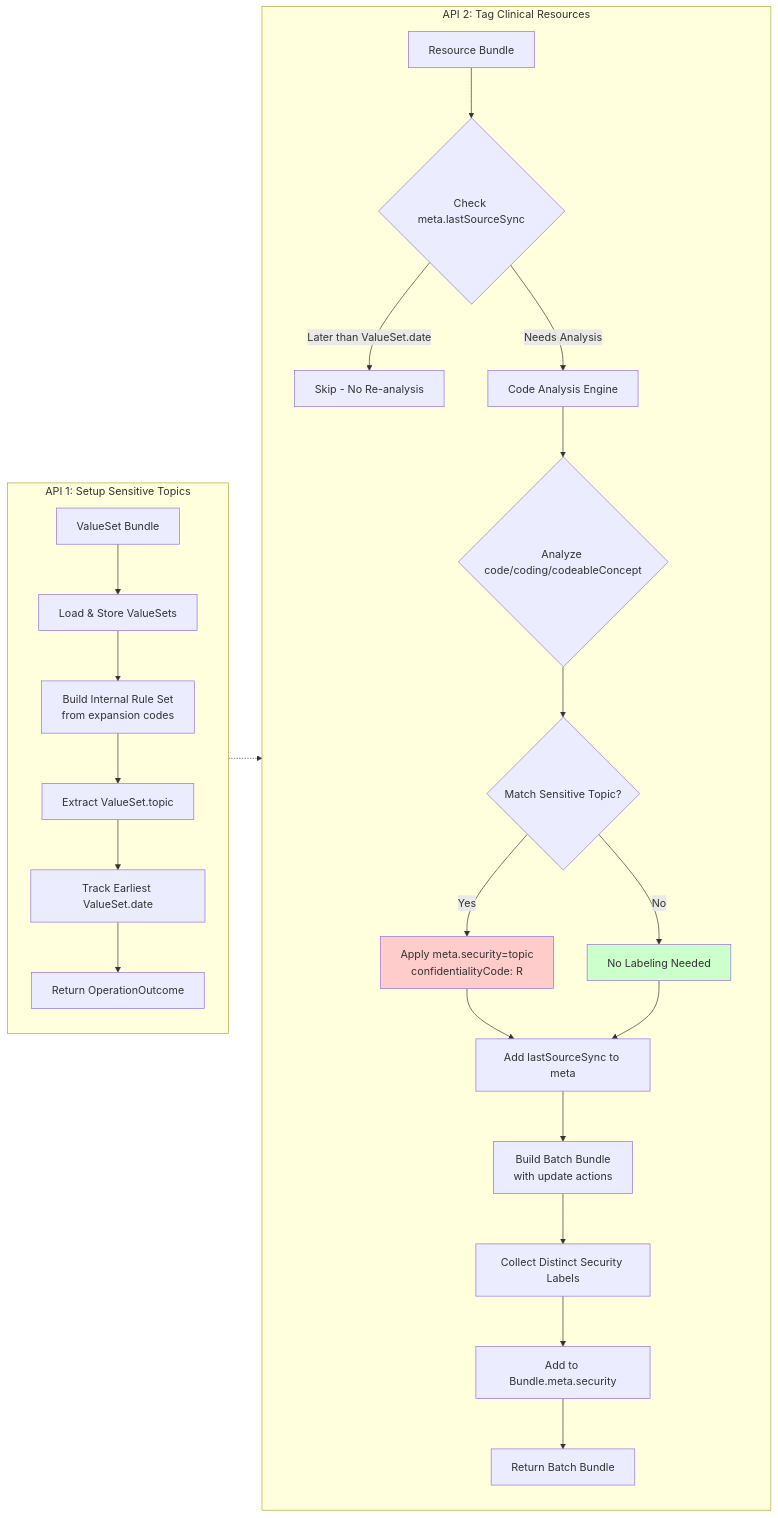
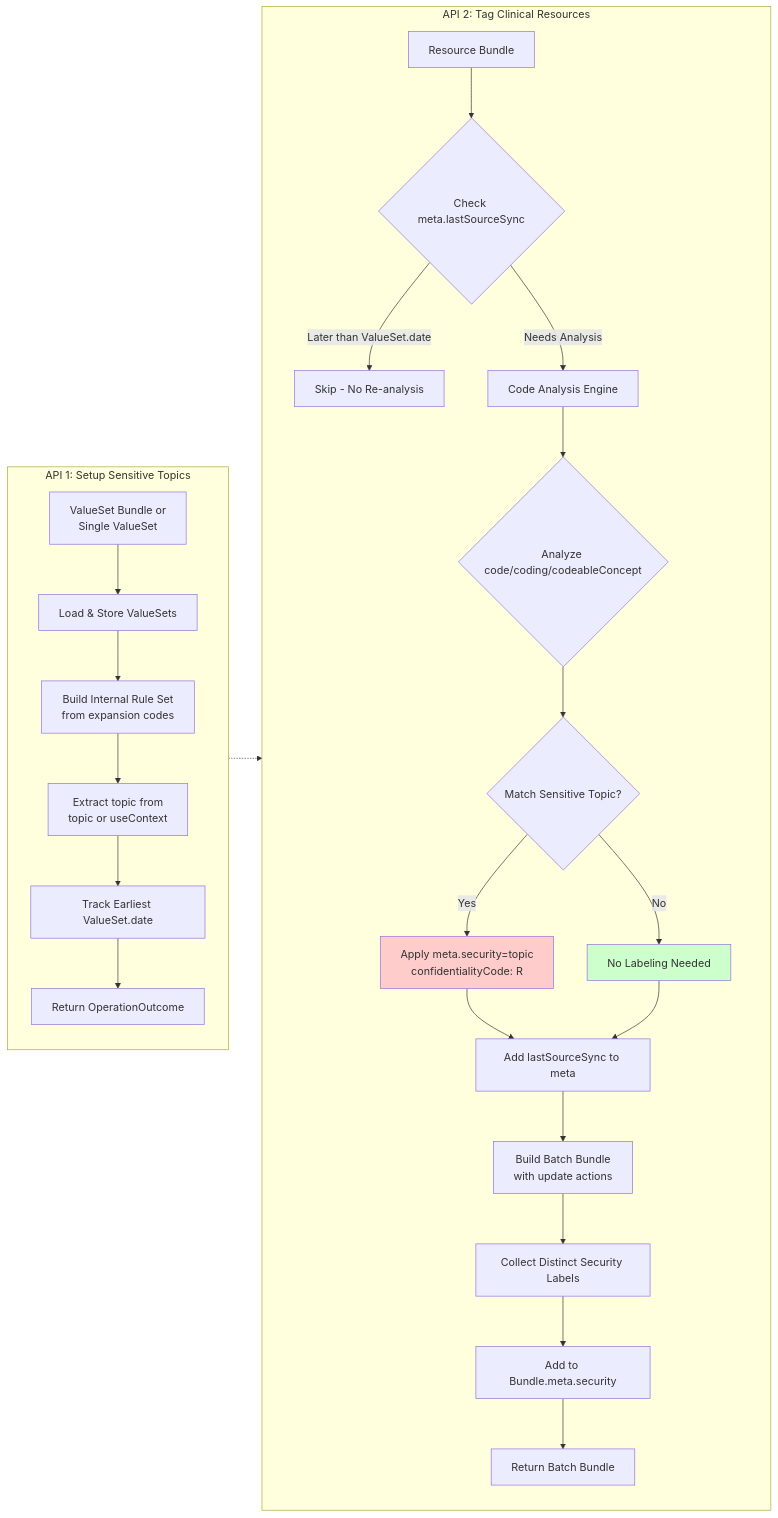
The diagram in README.md (SHIFT-Task-Force/sls-ri), drawn with Mermaid before and after one commit. The commit also changed other lines of this file and 3 other files, not shown here.

Commit message:
add support for single valueSet, and R4 valueSet focus

````diff
--- a/README.md
+++ b/README.md
@@ -65,34 +67,34 @@
 ```mermaid
 graph LR
   subgraph API1["API 1: Setup Sensitive Topics"]
-    A[ValueSet Bundle] --> B[Load & Store ValueSets]
+    A[ValueSet Bundle or<br/>Single ValueSet] --> B[Load & Store ValueSets]
     B --> C[Build Internal Rule Set<br/>from expansion codes]
-    C --> D[Extract ValueSet.topic]
+    C --> D[Extract topic from<br/>topic or useContext]
     D --> E[Track Earliest ValueSet.date]
     E --> F[Return OperationOutcome]
   end
   
   subgraph API2["API 2: Tag Clinical Resources"]
     G[Resource Bundle] --> H{Check meta.lastSourceSync}
     H -->|Later than ValueSet.date| I[Skip - No Re-analysis]
     H -->|Needs Analysis| J[Code Analysis Engine]
     
     J --> K{Analyze code/coding/codeableConcept}
     K --> L{Match Sensitive Topic?}
     L -->|Yes| M[Apply meta.security=topic<br/>confidentialityCode: R]
     L -->|No| N[No Labeling Needed]
     
     M --> O[Add lastSourceSync to meta]
     N --> O
     
     O --> P[Build Batch Bundle<br/>with update actions]
     P --> R[Collect Distinct Security Labels]
     R --> S[Add to Bundle.meta.security]
     S --> Q[Return Batch Bundle]
   end
   
   API1 -.-> API2
   
   style M fill:#ffcccc
   style N fill:#ccffcc
   ```
````
